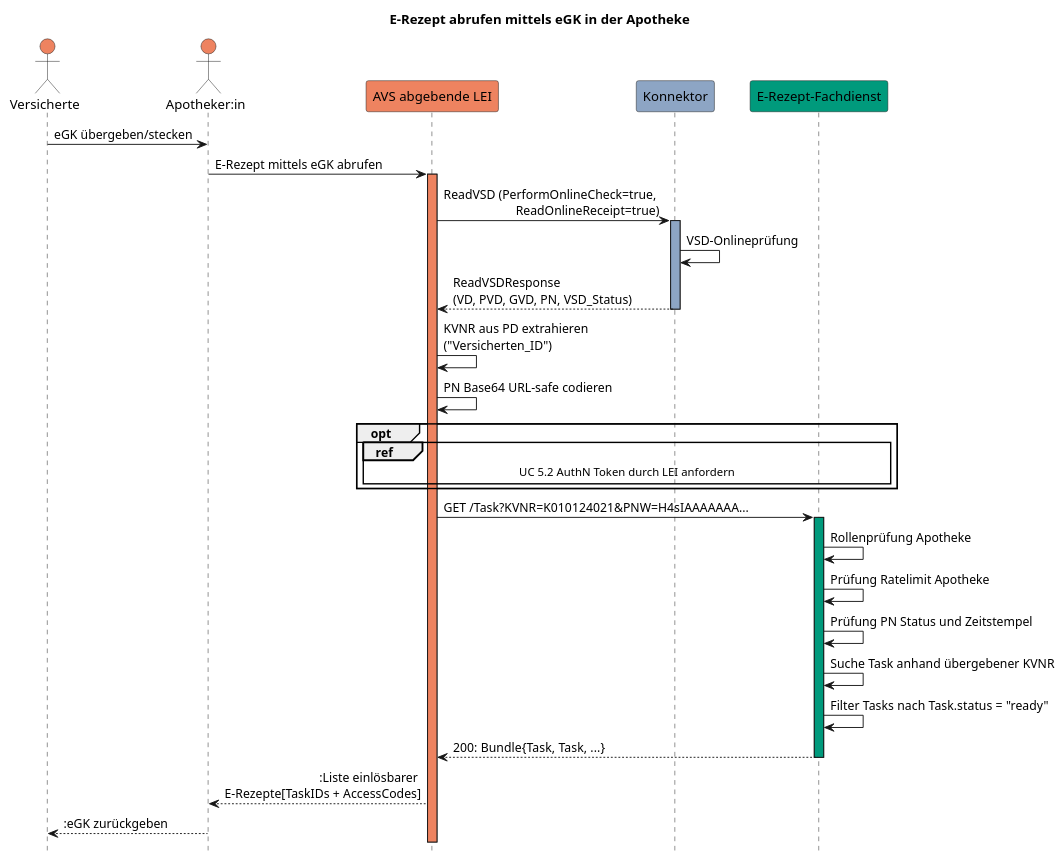
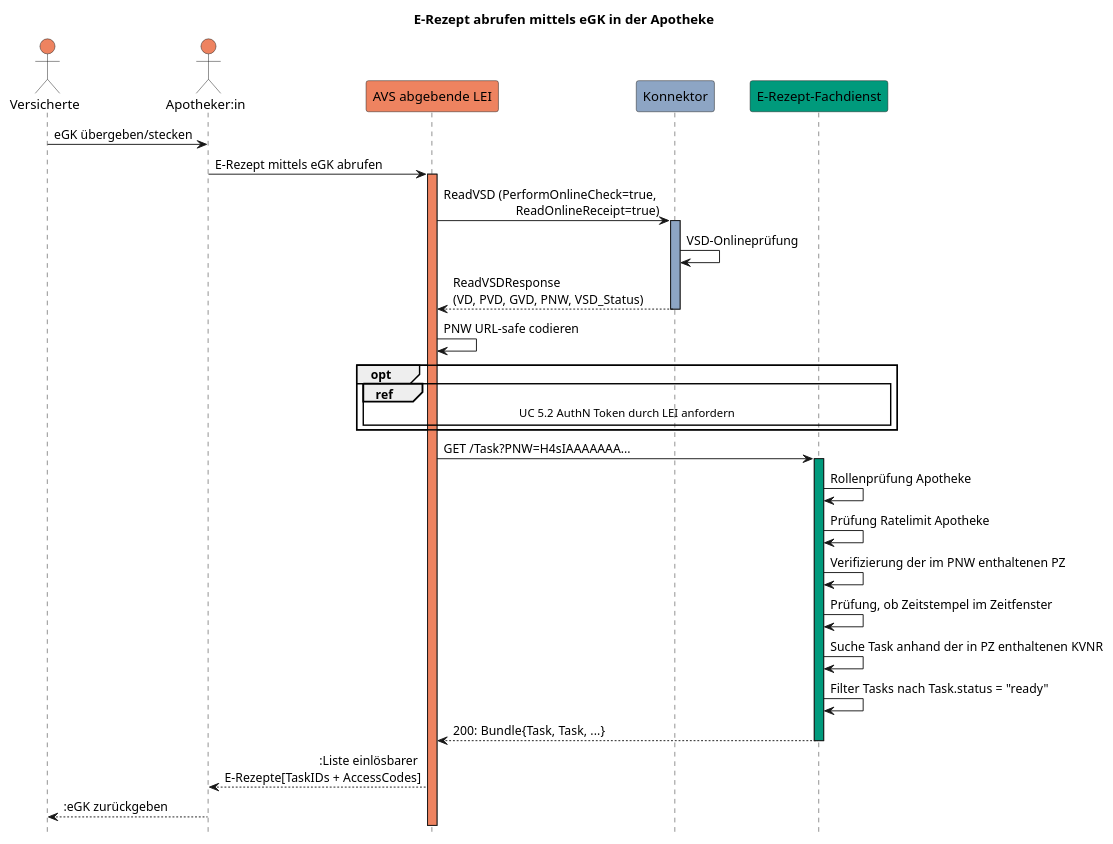
Before and after one commit to gematik/api-erp: the diagram in puml/egk_abrufen.puml, drawn with PlantUML. The commit also changed 3 other files, not shown here.

```diff
--- a/puml/egk_abrufen.puml
+++ b/puml/egk_abrufen.puml
@@ -1,39 +1,39 @@
 @startuml egk_abrufen
 hide footbox
 title E-Rezept abrufen mittels eGK in der Apotheke
 actor Vers as "Versicherte" #ee8360
 actor LE as "Apotheker:in" #ee8360
 participant AVS as "AVS abgebende LEI" #ee8360
 participant Konnektor #8da5c4
 participant FD as "E-Rezept-Fachdienst" #009a7c
 
 Vers -> LE: eGK übergeben/stecken
 LE -> AVS: E-Rezept mittels eGK abrufen
     activate AVS #ee8360
 AVS -> Konnektor: ReadVSD (PerformOnlineCheck=true, \rReadOnlineReceipt=true)
     activate Konnektor #8da5c4
 Konnektor -> Konnektor: VSD-Onlineprüfung
-Konnektor --> AVS: ReadVSDResponse \n(VD, PVD, GVD, PN, VSD_Status)
+Konnektor --> AVS: ReadVSDResponse \n(VD, PVD, GVD, PNW, VSD_Status)
     deactivate Konnektor
-AVS -> AVS: KVNR aus PD extrahieren \n("Versicherten_ID")
-AVS -> AVS: PN Base64 URL-safe codieren
+AVS -> AVS: PNW URL-safe codieren
 
-group opt 
+group opt
     ref over AVS, Konnektor, FD
         UC 5.2 AuthN Token durch LEI anfordern
     end ref
 end
 
-AVS -> FD:  GET /Task?KVNR=K010124021&PNW=H4sIAAAAAAA...
+AVS -> FD:  GET /Task?PNW=H4sIAAAAAAA...
     activate FD #009a7c
 FD -> FD: Rollenprüfung Apotheke
 FD -> FD: Prüfung Ratelimit Apotheke
-FD -> FD: Prüfung PN Status und Zeitstempel
-FD -> FD: Suche Task anhand übergebener KVNR
+FD -> FD: Verifizierung der im PNW enthaltenen PZ
+FD -> FD: Prüfung, ob Zeitstempel im Zeitfenster
+FD -> FD: Suche Task anhand der in PZ enthaltenen KVNR
 FD -> FD: Filter Tasks nach Task.status = "ready"
 FD --> AVS: 200: Bundle{Task, Task, ...}
     deactivate FD
 
-AVS --> LE: :Liste einlösbarer \rE-Rezepte[TaskIDs + AccessCodes] 
+AVS --> LE: :Liste einlösbarer \rE-Rezepte[TaskIDs + AccessCodes]
 LE --> Vers: :eGK zurückgeben
 @enduml
```
